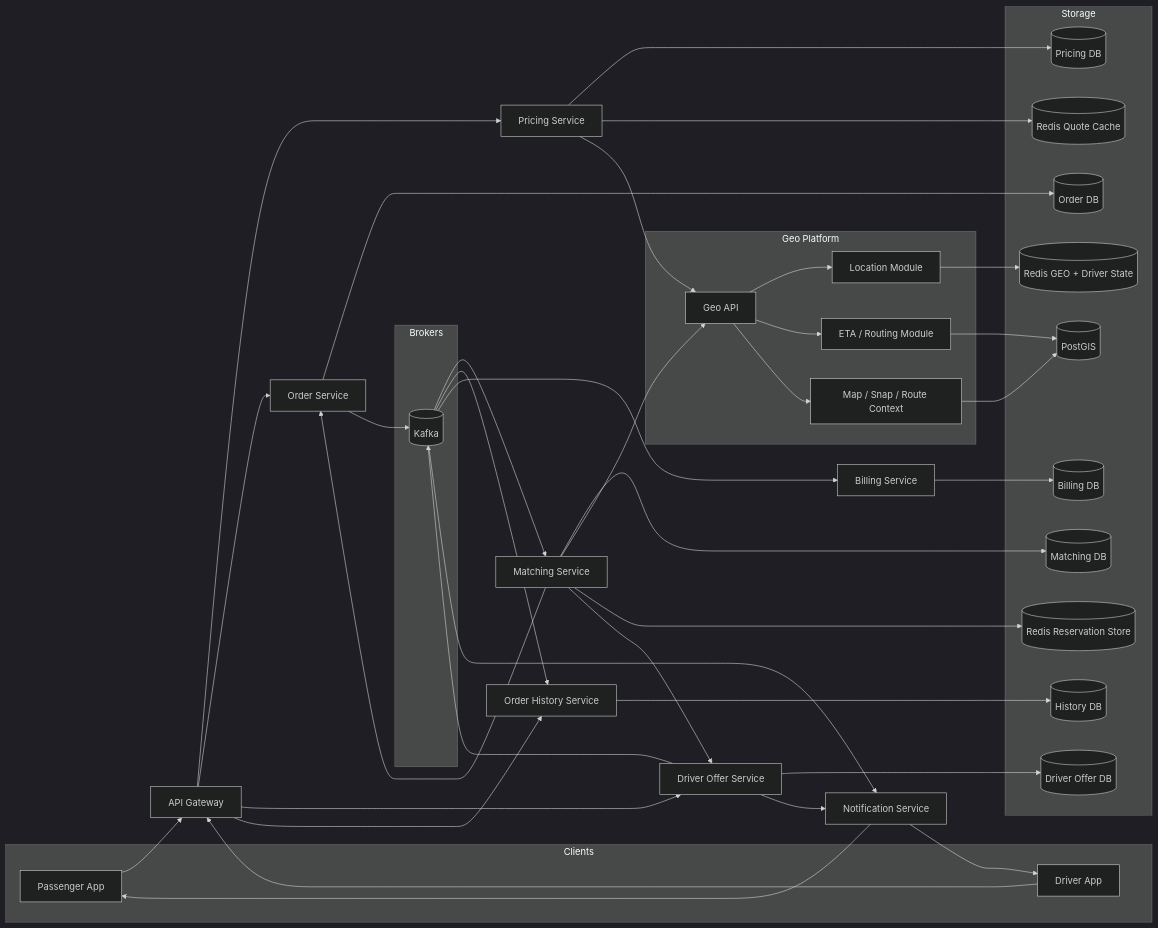
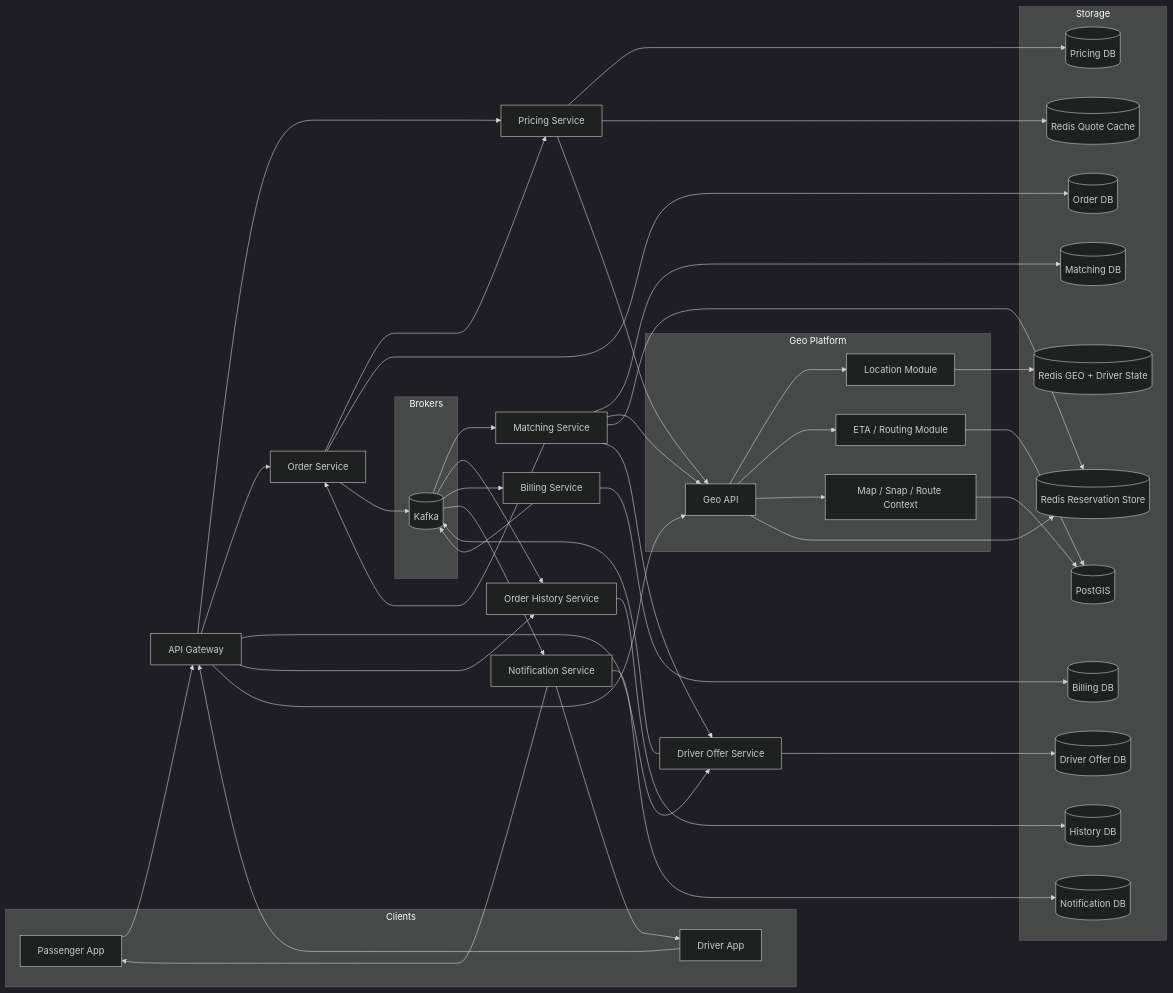
The tenth of 10 diagrams in dev-solution.md (almostinf/taxi-ordering-service-system-design), drawn with Mermaid (dark theme) before and after one commit. The commit also changed other lines of this file, not shown here.

```diff
--- a/dev-solution.md
+++ b/dev-solution.md
@@ -1135,6 +2100,7 @@
         OfferDB[(Driver Offer DB)]
         HistoryDB[(History DB)]
         BillingDB[(Billing DB)]
+        NotificationDB[(Notification DB)]
         DriverGeo[(Redis GEO + Driver State)]
         Reservation[(Redis Reservation Store)]
         PostGIS[(PostGIS)]
@@ -1149,11 +2115,13 @@
     Gateway --> Order
     Gateway --> DriverOffer
     Gateway --> History
+    Gateway --> GeoAPI
 
     Pricing --> PricingDB
     Pricing --> QuoteCache
     Pricing --> GeoAPI
 
+    Order --> Pricing
     Order --> OrderDB
     Order --> Kafka
 
@@ -1166,19 +2134,21 @@
 
     DriverOffer --> OfferDB
     DriverOffer --> Kafka
-    DriverOffer --> Notification
 
     History --> HistoryDB
     Kafka --> History
 
     Billing --> BillingDB
+    Billing --> Kafka
     Kafka --> Billing
 
+    Notification --> NotificationDB
     Kafka --> Notification
 
     GeoAPI --> Location
     GeoAPI --> Eta
     GeoAPI --> Map
+    GeoAPI --> Reservation
     Location --> DriverGeo
     Eta --> PostGIS
     Map --> PostGIS
```
